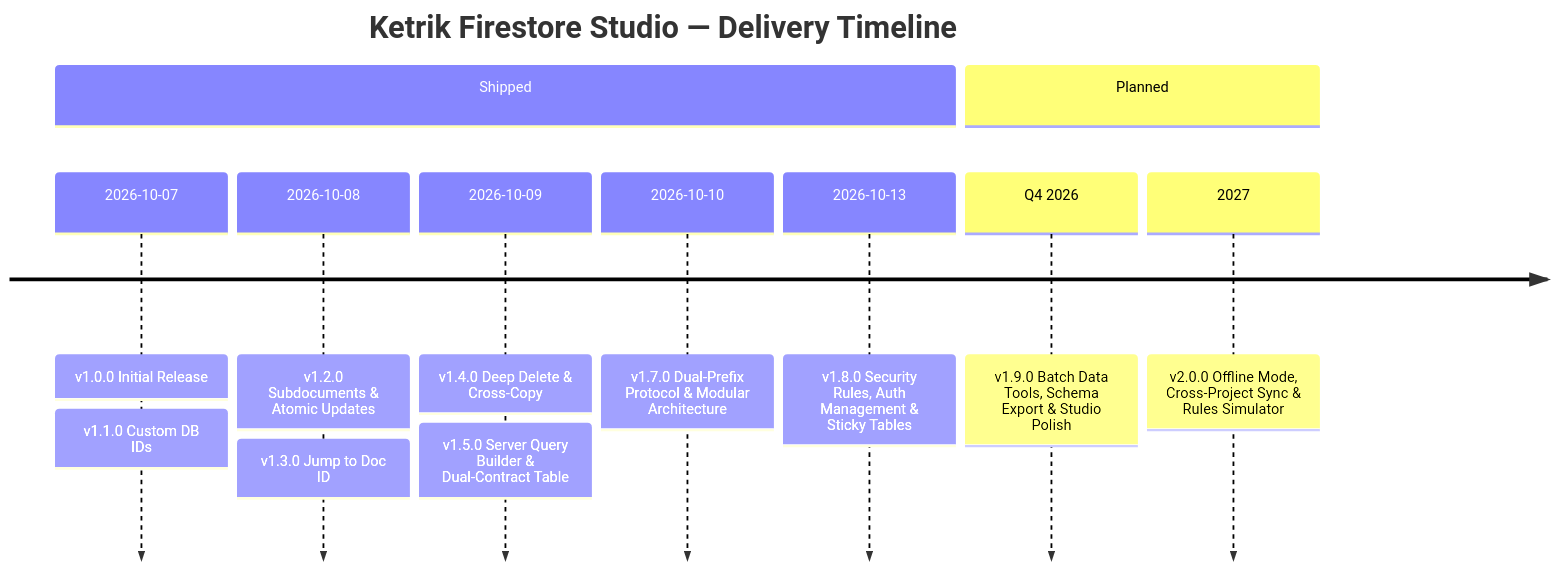
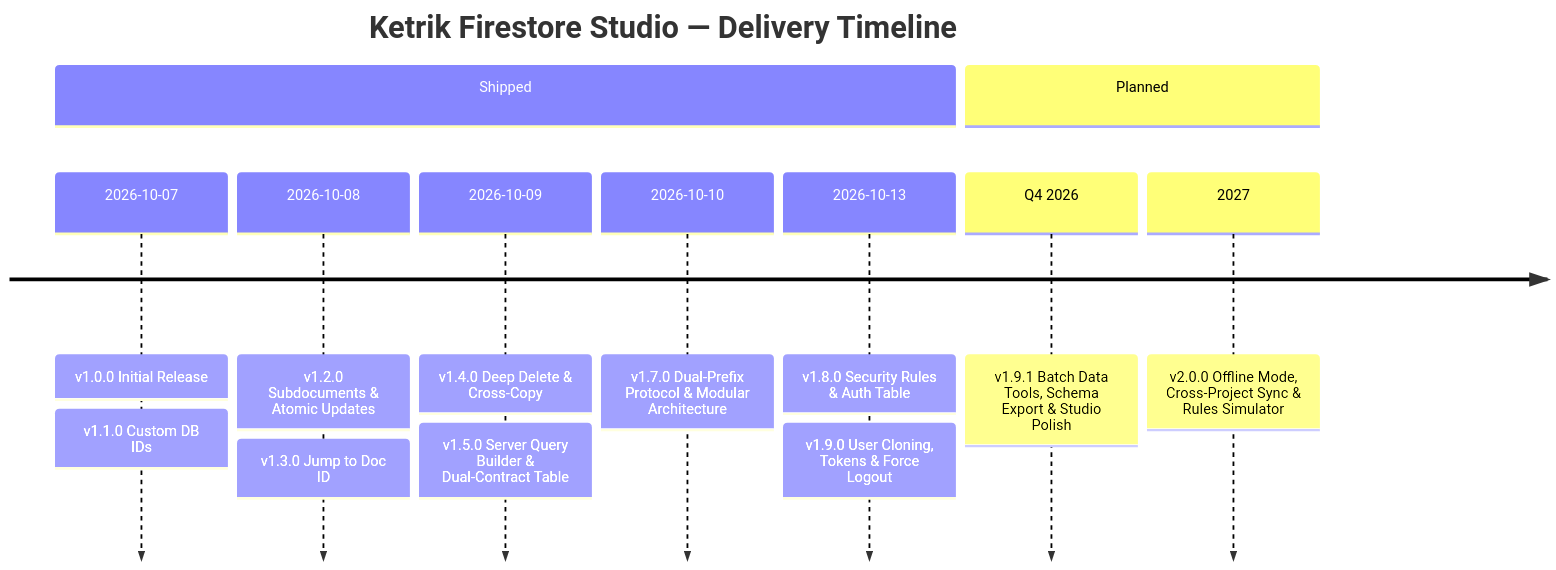
Before and after one commit to ketrik/ketrik-firestore-studio: the diagram in ROADMAP.md, drawn with Mermaid. The commit also changed other lines of this file and 2 other files, not shown here.

Commit message:
docs: enforce ROADMAP.md update on release tag, document v1.9.0 milestone

````diff
--- a/ROADMAP.md
+++ b/ROADMAP.md
@@ -5,13 +5,13 @@
 ```mermaid
 timeline
     title Ketrik Firestore Studio — Delivery Timeline
     section Shipped
         2026-10-07 : v1.0.0 Initial Release : v1.1.0 Custom DB IDs
         2026-10-08 : v1.2.0 Subdocuments & Atomic Updates : v1.3.0 Jump to Doc ID
         2026-10-09 : v1.4.0 Deep Delete & Cross-Copy : v1.5.0 Server Query Builder & Dual-Contract Table
         2026-10-10 : v1.7.0 Dual-Prefix Protocol & Modular Architecture
-        2026-10-13 : v1.8.0 Security Rules, Auth Management & Sticky Tables
+        2026-10-13 : v1.8.0 Security Rules & Auth Table : v1.9.0 User Cloning, Tokens & Force Logout
     section Planned
-        Q4 2026 : v1.9.0 Batch Data Tools, Schema Export & Studio Polish
+        Q4 2026 : v1.9.1 Batch Data Tools, Schema Export & Studio Polish
         2027 : v2.0.0 Offline Mode, Cross-Project Sync & Rules Simulator
 ```
````
